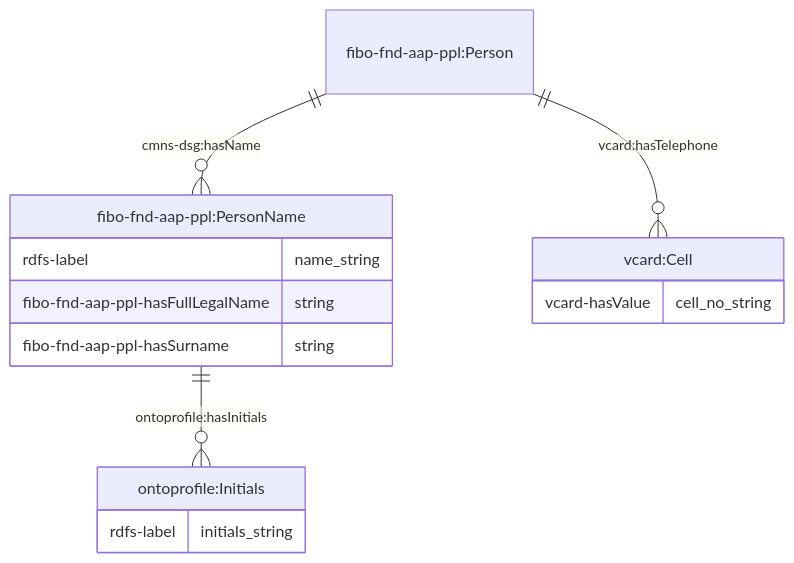
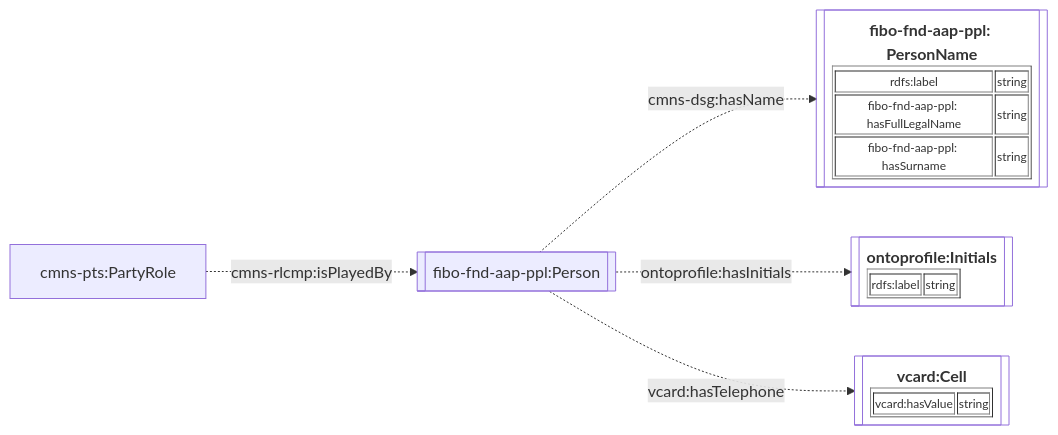
Before and after one commit to cambridge-cares/TheWorldAvatar: the fourth of 6 diagrams in JPS_Ontology/ontology/ontoprofile/README.MD, drawn with Mermaid. The commit also changed other lines of this file, not shown here.

Commit message:
dev-service-execution-ontology-extension: move to flow chart for ontology diagrams in ontoprofile

````diff
--- a/JPS_Ontology/ontology/ontoprofile/README.MD
+++ b/JPS_Ontology/ontology/ontoprofile/README.MD
@@ -112,19 +129,13 @@
 ```mermaid
-    erDiagram
-    "fibo-fnd-aap-ppl:Person" ||--o{ "fibo-fnd-aap-ppl:PersonName" : "cmns-dsg:hasName"
-    "fibo-fnd-aap-ppl:PersonName" ||--o{ "ontoprofile:Initials" : "ontoprofile:hasInitials"
-    "fibo-fnd-aap-ppl:PersonName" {
-        rdfs-label name_string
-        fibo-fnd-aap-ppl-hasFullLegalName string
-        fibo-fnd-aap-ppl-hasSurname string
-    }
+flowchart LR
+    %% Styling
+    classDef literal fill:none
 
-    "ontoprofile:Initials" {
-        rdfs-label initials_string
-    }
+    %% Diagram
+    cmns-pts:PartyRole -. cmns-rlcmp:isPlayedBy .-> Person[[fibo-fnd-aap-ppl:Person]]
+    Person -. cmns-dsg:hasName .-> PersonName[["<table border='1' style='font-size:0.75rem;'><tr style='font-size:1.25rem;'><b>fibo-fnd-aap-ppl: PersonName</b></tr><tr><td>rdfs:label</td><td>string</td></tr><tr><td>fibo-fnd-aap-ppl: hasFullLegalName</td><td>string</td></tr><tr><td>fibo-fnd-aap-ppl: hasSurname</td><td>string</td></tr></table>"]]:::literal
 
-    "fibo-fnd-aap-ppl:Person" ||--o{ "vcard:Cell" : "vcard:hasTelephone"
-    "vcard:Cell" {
-        vcard-hasValue cell_no_string
-    }
+    Person -. ontoprofile:hasInitials .-> Initials[["<table border='1' style='font-size:0.75rem;'><tr style='font-size:1.25rem;'><b>ontoprofile:Initials</b></tr><tr><td>rdfs:label</td><td>string</td></tr></table>"]]:::literal
+
+    Person -. vcard:hasTelephone .-> Cell[["<table border='1' style='font-size:0.75rem;'><tr style='font-size:1.25rem;'><b>vcard:Cell</b></tr><tr><td>vcard:hasValue</td><td>string</td></tr></table>"]]:::literal
 ```
````
